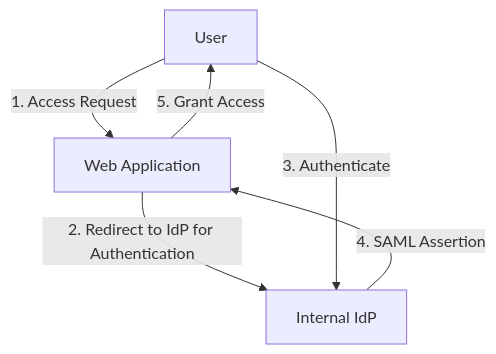
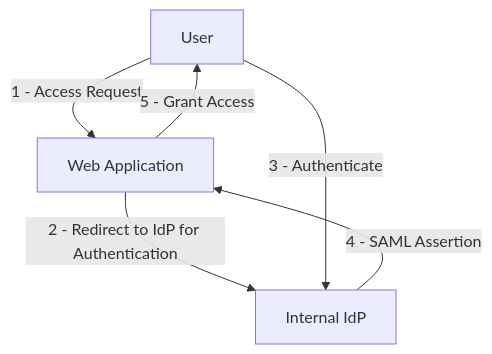
The first of 8 diagrams in design_patterns/security/sso.md (neoalienson/architect_library), drawn with Mermaid before and after one commit. The commit also changed other lines of this file and 1 other file, not shown here.

````diff
--- a/design_patterns/security/sso.md
+++ b/design_patterns/security/sso.md
@@ -18,8 +18,8 @@
 ```mermaid
 graph TD
-    User[User] -->|1. Access Request| App[Web Application]
-    App -->|2. Redirect to IdP for Authentication| IdP[Internal IdP]
-    User -->|3. Authenticate| IdP
-    IdP -->|4. SAML Assertion| App
-    App -->|5. Grant Access| User
+    User[User] -->|1 - Access Request| App[Web Application]
+    App -->|2 - Redirect to IdP for Authentication| IdP[Internal IdP]
+    User -->|3 - Authenticate| IdP
+    IdP -->|4 - SAML Assertion| App
+    App -->|5 - Grant Access| User
 ```
````
